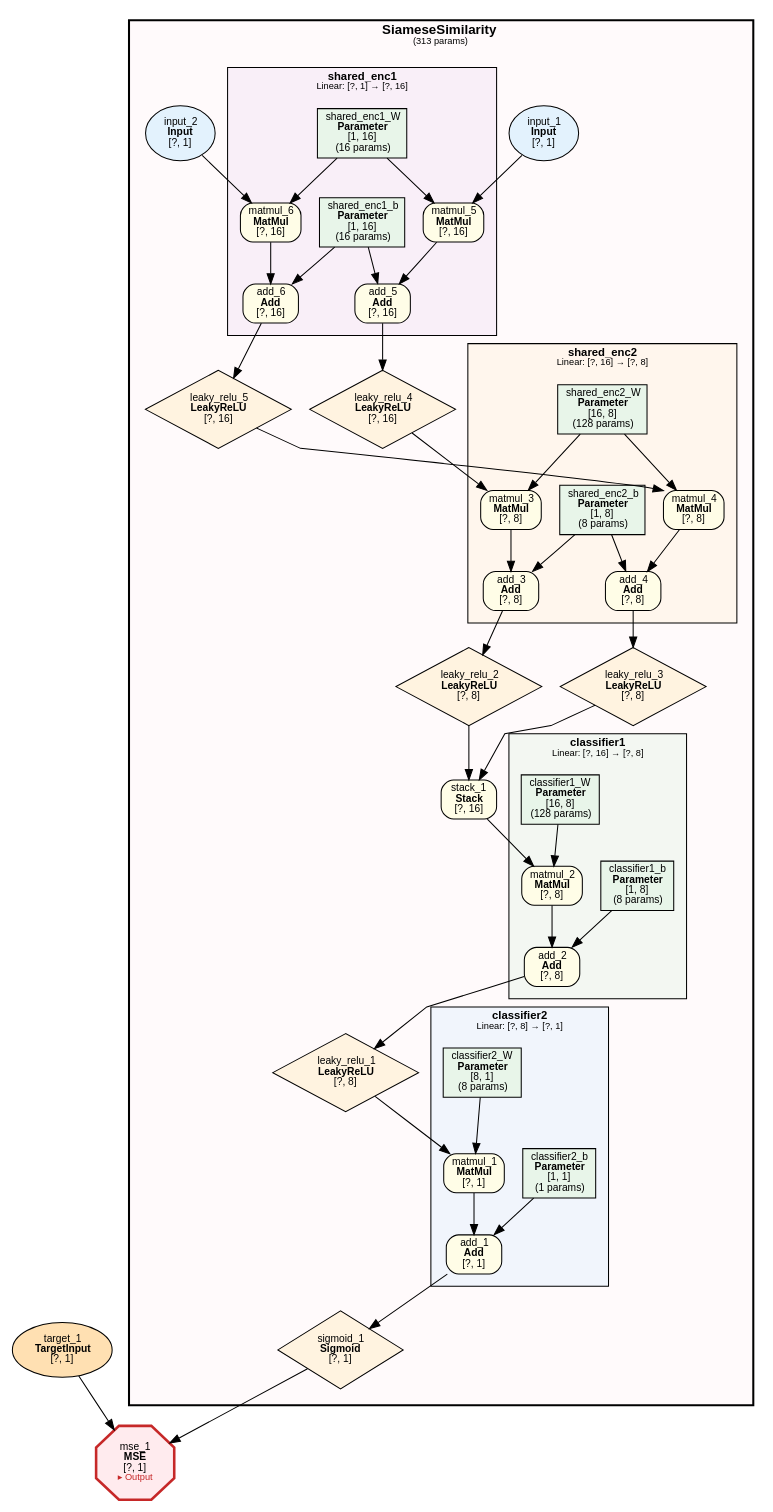
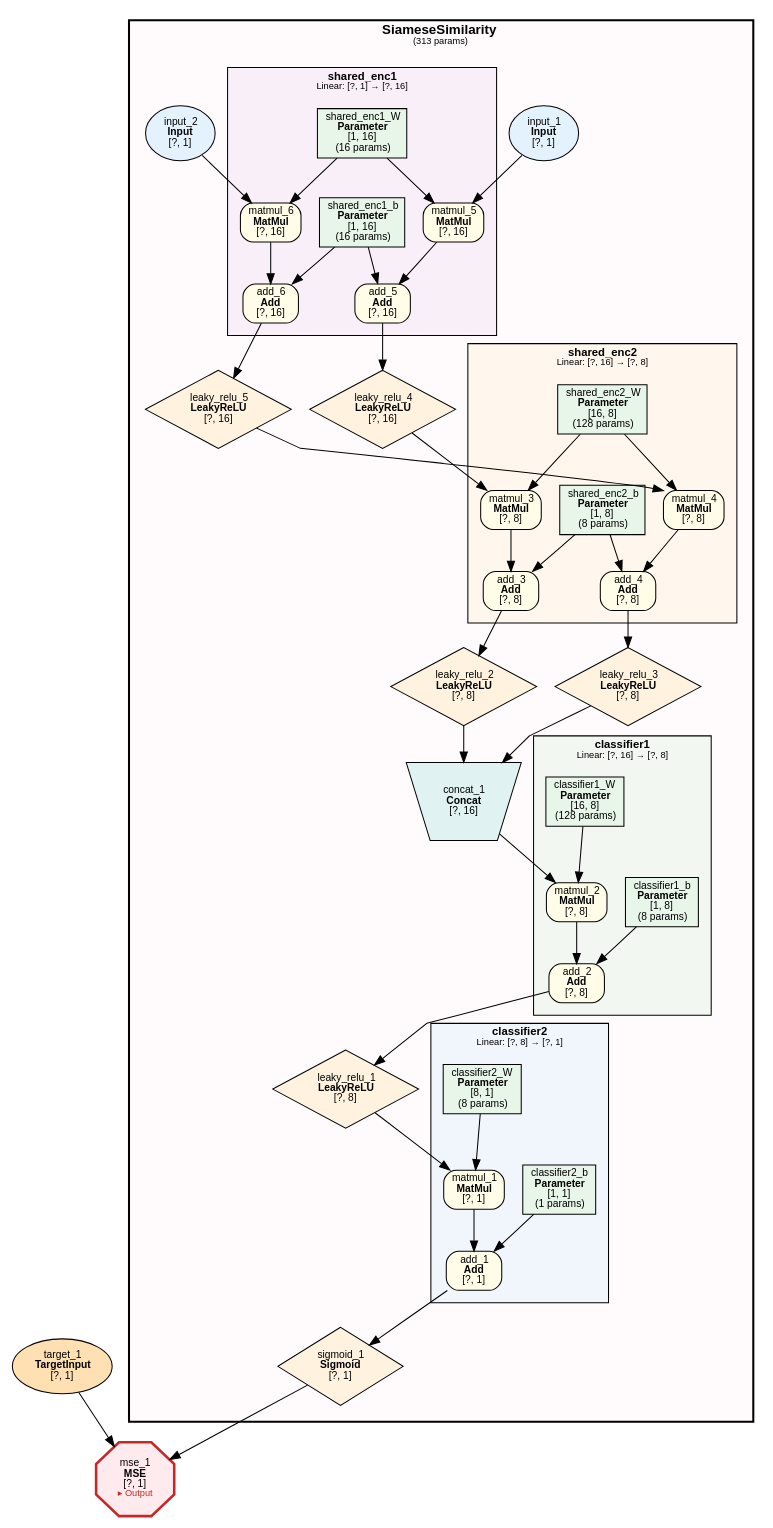
One commit to dbsxdbsx/only_torch changed the diagram in examples/siamese_similarity/siamese_similarity.dot. Above: the diagram before and after it, drawn with Graphviz. The commit also changed 31 other files, not shown here.

First line of the commit message:
feat: 全面分离 Stack 与 Concat 为独立操作

```diff
--- a/examples/siamese_similarity/siamese_similarity.dot
+++ b/examples/siamese_similarity/siamese_similarity.dot
@@ -1,120 +1,120 @@
 digraph ComputeGraph {
     rankdir=TB;
     newrank=true;
     splines=polyline;
     node [fontname="Microsoft YaHei,SimHei,Arial"];
     edge [fontname="Microsoft YaHei,SimHei,Arial"];
 
     subgraph cluster_model_SiameseSimilarity {
         label=<<B>SiameseSimilarity</B><BR/><FONT POINT-SIZE="9">(313 params)</FONT>>;
         style="filled,bold";
         fillcolor="#FFEBEE40";
         fontname="Microsoft YaHei,SimHei,Arial";
         fontsize=13;
         margin=16;
 
         subgraph cluster_SiameseSimilarity_classifier2 {
             label=<<B>classifier2</B><BR/><FONT POINT-SIZE="9">Linear: [?, 8] → [?, 1]</FONT>>;
             style=filled;
             fillcolor="#E3F2FD80";
             fontname="Microsoft YaHei,SimHei,Arial";
             fontsize=11;
             margin=12;
                 "4" [label=<add_1<BR/><B>Add</B><BR/>[?, 1]> shape=box style="filled,rounded" fillcolor="#FFFDE7" fontsize=10];
                 "5" [label=<matmul_1<BR/><B>MatMul</B><BR/>[?, 1]> shape=box style="filled,rounded" fillcolor="#FFFDE7" fontsize=10];
                 "6" [label=<classifier2_b<BR/><B>Parameter</B><BR/>[1, 1]<BR/>(1 params)> shape=box style=filled fillcolor="#E8F5E9" fontsize=10];
                 "8" [label=<classifier2_W<BR/><B>Parameter</B><BR/>[8, 1]<BR/>(8 params)> shape=box style=filled fillcolor="#E8F5E9" fontsize=10];
         }
 
         subgraph cluster_SiameseSimilarity_classifier1 {
             label=<<B>classifier1</B><BR/><FONT POINT-SIZE="9">Linear: [?, 16] → [?, 8]</FONT>>;
             style=filled;
             fillcolor="#E8F5E980";
             fontname="Microsoft YaHei,SimHei,Arial";
             fontsize=11;
             margin=12;
                 "9" [label=<add_2<BR/><B>Add</B><BR/>[?, 8]> shape=box style="filled,rounded" fillcolor="#FFFDE7" fontsize=10];
                 "10" [label=<matmul_2<BR/><B>MatMul</B><BR/>[?, 8]> shape=box style="filled,rounded" fillcolor="#FFFDE7" fontsize=10];
                 "11" [label=<classifier1_b<BR/><B>Parameter</B><BR/>[1, 8]<BR/>(8 params)> shape=box style=filled fillcolor="#E8F5E9" fontsize=10];
                 "13" [label=<classifier1_W<BR/><B>Parameter</B><BR/>[16, 8]<BR/>(128 params)> shape=box style=filled fillcolor="#E8F5E9" fontsize=10];
         }
 
         subgraph cluster_SiameseSimilarity_shared_enc2 {
             label=<<B>shared_enc2</B><BR/><FONT POINT-SIZE="9">Linear: [?, 16] → [?, 8]</FONT>>;
             style=filled;
             fillcolor="#FFF3E080";
             fontname="Microsoft YaHei,SimHei,Arial";
             fontsize=11;
             margin=12;
                 "16" [label=<add_3<BR/><B>Add</B><BR/>[?, 8]> shape=box style="filled,rounded" fillcolor="#FFFDE7" fontsize=10];
                 "17" [label=<add_4<BR/><B>Add</B><BR/>[?, 8]> shape=box style="filled,rounded" fillcolor="#FFFDE7" fontsize=10];
                 "18" [label=<matmul_3<BR/><B>MatMul</B><BR/>[?, 8]> shape=box style="filled,rounded" fillcolor="#FFFDE7" fontsize=10];
                 "19" [label=<shared_enc2_b<BR/><B>Parameter</B><BR/>[1, 8]<BR/>(8 params)> shape=box style=filled fillcolor="#E8F5E9" fontsize=10];
                 "20" [label=<matmul_4<BR/><B>MatMul</B><BR/>[?, 8]> shape=box style="filled,rounded" fillcolor="#FFFDE7" fontsize=10];
                 "22" [label=<shared_enc2_W<BR/><B>Parameter</B><BR/>[16, 8]<BR/>(128 params)> shape=box style=filled fillcolor="#E8F5E9" fontsize=10];
         }
 
         subgraph cluster_SiameseSimilarity_shared_enc1 {
             label=<<B>shared_enc1</B><BR/><FONT POINT-SIZE="9">Linear: [?, 1] → [?, 16]</FONT>>;
             style=filled;
             fillcolor="#F3E5F580";
             fontname="Microsoft YaHei,SimHei,Arial";
             fontsize=11;
             margin=12;
                 "24" [label=<add_5<BR/><B>Add</B><BR/>[?, 16]> shape=box style="filled,rounded" fillcolor="#FFFDE7" fontsize=10];
                 "25" [label=<add_6<BR/><B>Add</B><BR/>[?, 16]> shape=box style="filled,rounded" fillcolor="#FFFDE7" fontsize=10];
                 "26" [label=<matmul_5<BR/><B>MatMul</B><BR/>[?, 16]> shape=box style="filled,rounded" fillcolor="#FFFDE7" fontsize=10];
                 "27" [label=<shared_enc1_b<BR/><B>Parameter</B><BR/>[1, 16]<BR/>(16 params)> shape=box style=filled fillcolor="#E8F5E9" fontsize=10];
                 "28" [label=<matmul_6<BR/><B>MatMul</B><BR/>[?, 16]> shape=box style="filled,rounded" fillcolor="#FFFDE7" fontsize=10];
                 "30" [label=<shared_enc1_W<BR/><B>Parameter</B><BR/>[1, 16]<BR/>(16 params)> shape=box style=filled fillcolor="#E8F5E9" fontsize=10];
         }
 
         "2" [label=<sigmoid_1<BR/><B>Sigmoid</B><BR/>[?, 1]> shape=diamond style=filled fillcolor="#FFF3E0" fontsize=10];
         "7" [label=<leaky_relu_1<BR/><B>LeakyReLU</B><BR/>[?, 8]> shape=diamond style=filled fillcolor="#FFF3E0" fontsize=10];
-        "12" [label=<stack_1<BR/><B>Stack</B><BR/>[?, 16]> shape=box style="filled,rounded" fillcolor="#FFFDE7" fontsize=10];
+        "12" [label=<concat_1<BR/><B>Concat</B><BR/>[?, 16]> shape=invtrapezium style=filled fillcolor="#E0F2F1" fontsize=10];
         "14" [label=<leaky_relu_2<BR/><B>LeakyReLU</B><BR/>[?, 8]> shape=diamond style=filled fillcolor="#FFF3E0" fontsize=10];
         "15" [label=<leaky_relu_3<BR/><B>LeakyReLU</B><BR/>[?, 8]> shape=diamond style=filled fillcolor="#FFF3E0" fontsize=10];
         "21" [label=<leaky_relu_4<BR/><B>LeakyReLU</B><BR/>[?, 16]> shape=diamond style=filled fillcolor="#FFF3E0" fontsize=10];
         "23" [label=<leaky_relu_5<BR/><B>LeakyReLU</B><BR/>[?, 16]> shape=diamond style=filled fillcolor="#FFF3E0" fontsize=10];
         "29" [label=<input_1<BR/><B>Input</B><BR/>[?, 1]> shape=ellipse style=filled fillcolor="#E3F2FD" fontsize=10];
         "31" [label=<input_2<BR/><B>Input</B><BR/>[?, 1]> shape=ellipse style=filled fillcolor="#E3F2FD" fontsize=10];
     }
 
     "1" [label=<mse_1<BR/><B>MSE</B><BR/>[?, 1]<BR/><FONT COLOR="#C62828" POINT-SIZE="9">▸ Output</FONT>> shape=octagon style=filled fillcolor="#FFEBEE" fontsize=10 penwidth=2.5 color="#C62828"];
     "3" [label=<target_1<BR/><B>TargetInput</B><BR/>[?, 1]> shape=ellipse style=filled fillcolor="#FFE0B2" fontsize=10];
 
     "2" -> "1";
     "3" -> "1";
     "4" -> "2";
     "5" -> "4";
     "6" -> "4";
     "7" -> "5";
     "8" -> "5";
     "9" -> "7";
     "10" -> "9";
     "11" -> "9";
     "12" -> "10";
     "13" -> "10";
     "14" -> "12";
     "15" -> "12";
     "16" -> "14";
     "17" -> "15";
     "18" -> "16";
     "19" -> "16";
     "20" -> "17";
     "19" -> "17";
     "21" -> "18";
     "22" -> "18";
     "23" -> "20";
     "22" -> "20";
     "24" -> "21";
     "25" -> "23";
     "26" -> "24";
     "27" -> "24";
     "28" -> "25";
     "27" -> "25";
     "29" -> "26";
     "30" -> "26";
     "31" -> "28";
     "30" -> "28";
 }
```
